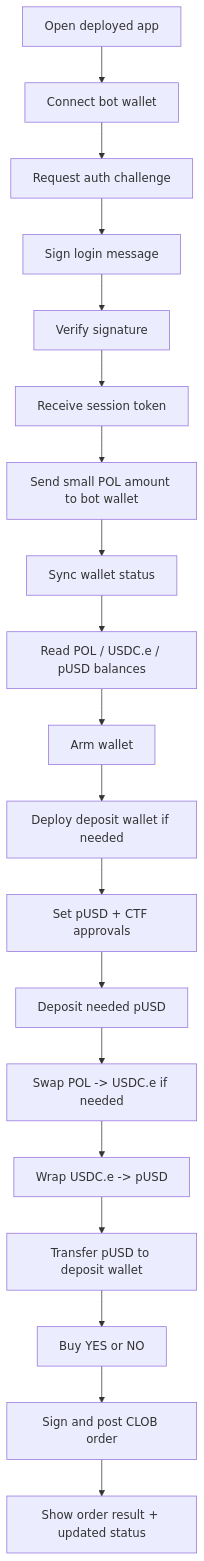
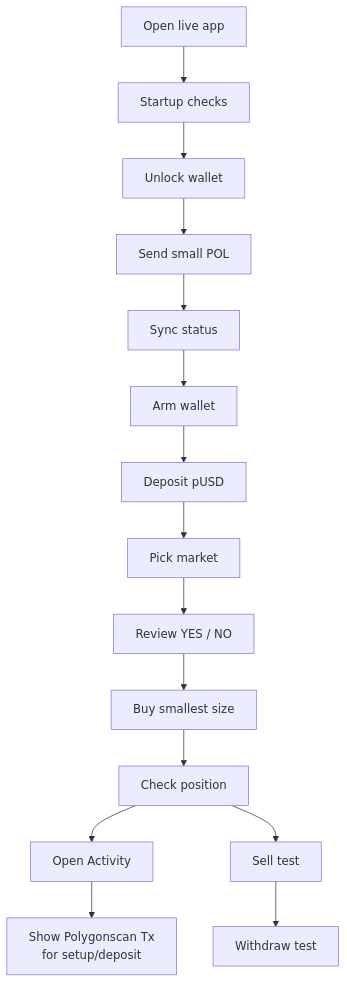
The fifth of 11 diagrams in docs/polymarket-wizard-guide.md (alphastack1/POLYMARKET-WIZARD), drawn with Mermaid before and after one commit. The commit also changed other lines of this file, not shown here.

````diff
--- a/docs/polymarket-wizard-guide.md
+++ b/docs/polymarket-wizard-guide.md
@@ -234,21 +312,17 @@
 ```mermaid
 flowchart TB
-  A["Open deployed app"] --> B["Connect bot wallet"]
-  B --> C["Request auth challenge"]
-  C --> D["Sign login message"]
-  D --> E["Verify signature"]
-  E --> F["Receive session token"]
-  F --> G["Send small POL amount to bot wallet"]
-  G --> H["Sync wallet status"]
-  H --> I["Read POL / USDC.e / pUSD balances"]
-  I --> J["Arm wallet"]
-  J --> K["Deploy deposit wallet if needed"]
-  K --> L["Set pUSD + CTF approvals"]
-  L --> M["Deposit needed pUSD"]
-  M --> N["Swap POL -> USDC.e if needed"]
-  N --> O["Wrap USDC.e -> pUSD"]
-  O --> P["Transfer pUSD to deposit wallet"]
-  P --> Q["Buy YES or NO"]
-  Q --> R["Sign and post CLOB order"]
-  R --> S["Show order result + updated status"]
+  A["Open live app"] --> B["Startup checks"]
+  B --> C["Unlock wallet"]
+  C --> D["Send small POL"]
+  D --> E["Sync status"]
+  E --> F["Arm wallet"]
+  F --> G["Deposit pUSD"]
+  G --> H["Pick market"]
+  H --> I["Review YES / NO"]
+  I --> J["Buy smallest size"]
+  J --> K["Check position"]
+  K --> L["Open Activity"]
+  L --> M["Show Polygonscan Tx<br/>for setup/deposit"]
+  K --> N["Sell test"]
+  N --> O["Withdraw test"]
 ```
````
